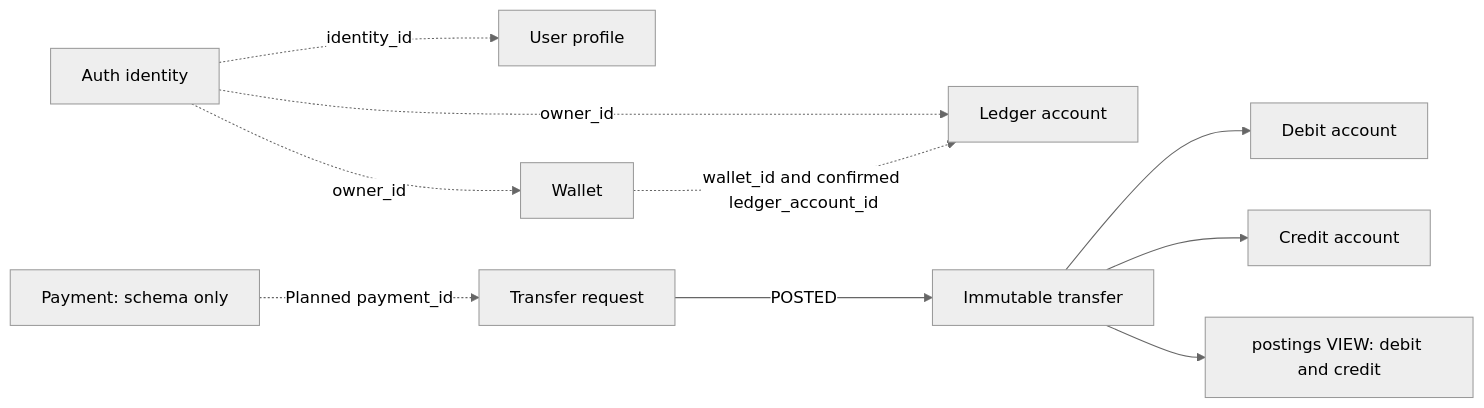
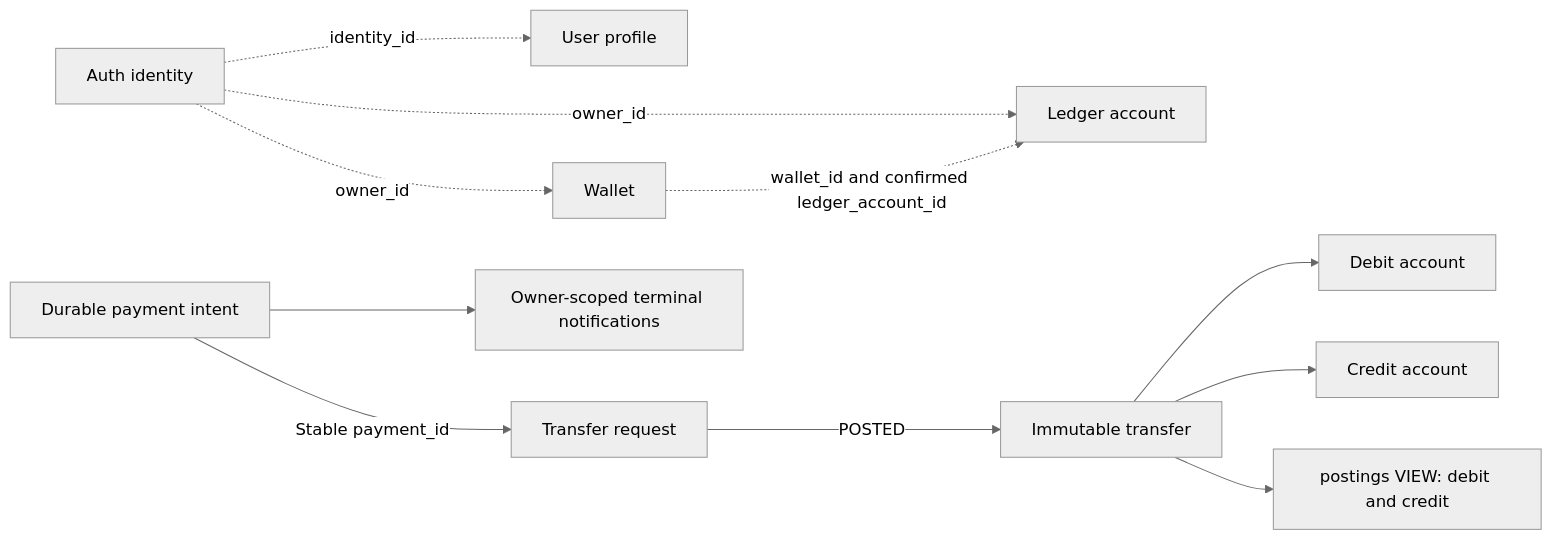
Before and after one commit to aarbabaev/ArMoney: the seventh of 14 diagrams in ARCHITECTURE.md, drawn with Mermaid (neutral theme). The commit also changed other lines of this file and 58 other files, not shown here.

Commit message:
Implement native phone P2P, durable payment recovery and in-app notifications

````diff
--- a/ARCHITECTURE.md
+++ b/ARCHITECTURE.md
@@ -225,12 +231,13 @@
 ```mermaid
 flowchart LR
     ID["Auth identity"] -. "identity_id" .-> PROFILE["User profile"]
     ID -. "owner_id" .-> W["Wallet"]
     ID -. "owner_id" .-> A["Ledger account"]
     W -. "wallet_id and confirmed ledger_account_id" .-> A
-    P["Payment: schema only"] -. "Planned payment_id" .-> R["Transfer request"]
+    P["Durable payment intent"] -->|"Stable payment_id"| R["Transfer request"]
+    P --> N["Owner-scoped terminal notifications"]
     R -->|"POSTED"| T["Immutable transfer"]
     T --> D["Debit account"]
     T --> C["Credit account"]
     T --> V["postings VIEW: debit and credit"]
 ```
````
